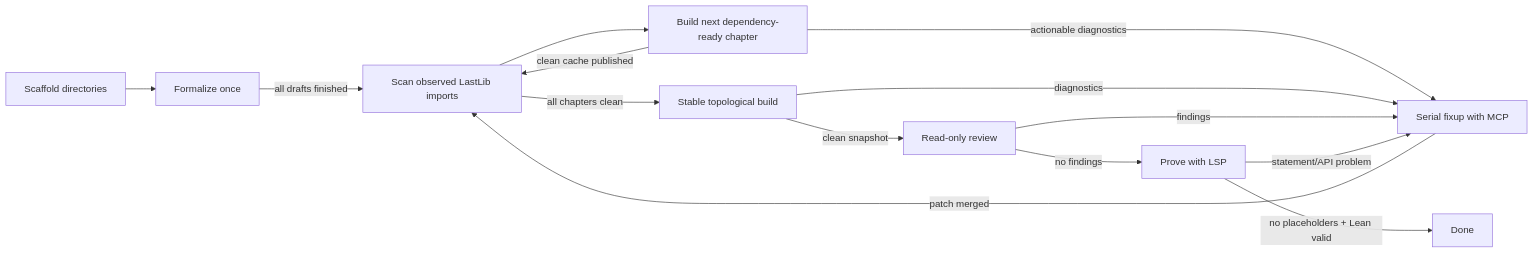
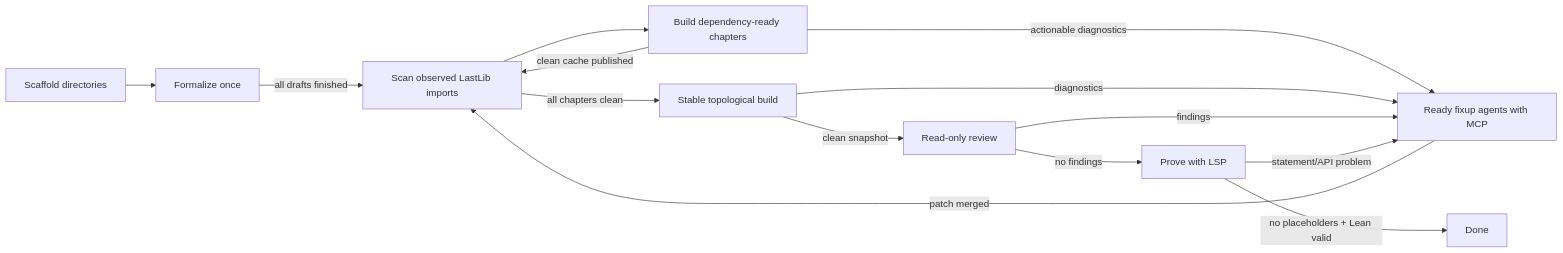
The diagram in SWARM.md (phulin/LastLib), drawn with Mermaid before and after one commit. The commit also changed other lines of this file and 5 other files, not shown here.

````diff
--- a/SWARM.md
+++ b/SWARM.md
@@ -13,16 +13,16 @@
 ```mermaid
 flowchart LR
     S[Scaffold directories] --> F[Formalize once]
     F -->|all drafts finished| I[Scan observed LastLib imports]
-    I --> B[Build next dependency-ready chapter]
-    B -->|actionable diagnostics| X[Serial fixup with MCP]
+    I --> B[Build dependency-ready chapters]
+    B -->|actionable diagnostics| X[Ready fixup agents with MCP]
     X -->|patch merged| I
     B -->|clean cache published| I
     I -->|all chapters clean| G[Stable topological build]
     G -->|diagnostics| X
     G -->|clean snapshot| R[Read-only review]
     R -->|findings| X
     R -->|no findings| P[Prove with LSP]
     P -->|statement/API problem| X
     P -->|no placeholders + Lean valid| D[Done]
 ```
````
